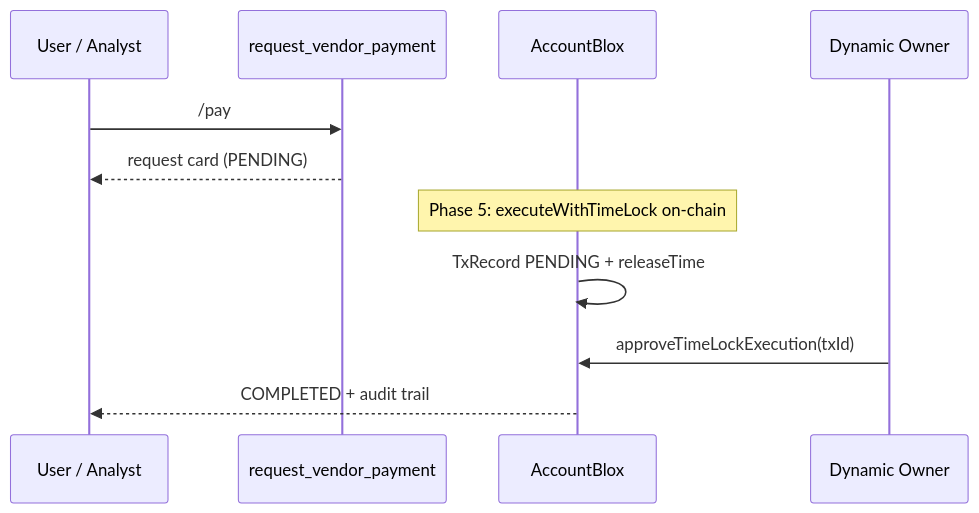
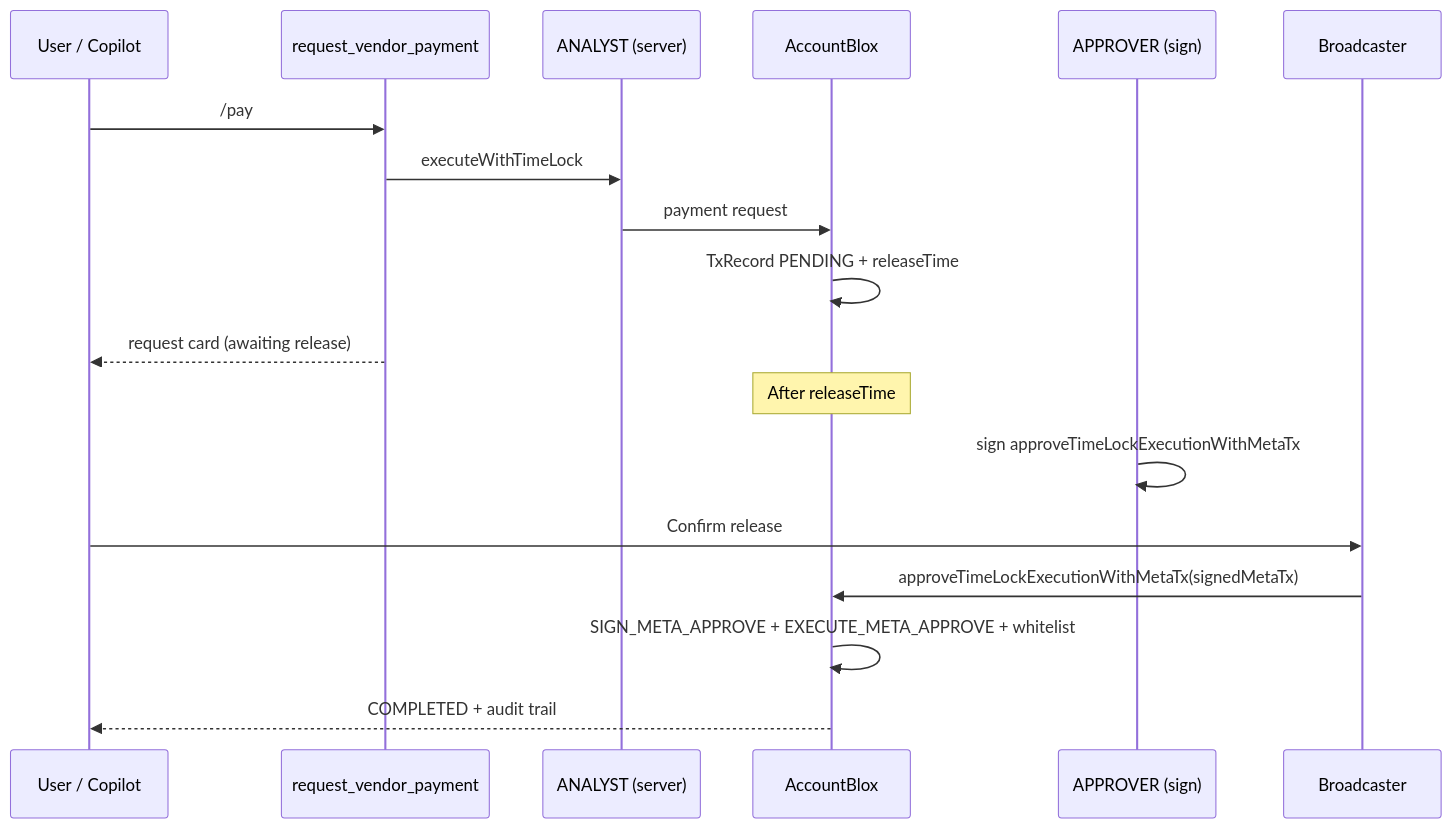
The third of 3 diagrams in docs/on-chain-execution-flow.md (PracticalParticle/AgentBlox), drawn with Mermaid before and after one commit. The commit also changed other lines of this file and 32 other files, not shown here.

First line of the commit message:
Update environment configuration and documentation for ANALYST and APPROVER roles

````diff
--- a/docs/on-chain-execution-flow.md
+++ b/docs/on-chain-execution-flow.md
@@ -103,14 +103,21 @@
 ```mermaid
 sequenceDiagram
-    participant User as User / Analyst
+    participant User as User / Copilot
     participant Tool as request_vendor_payment
+    participant Analyst as ANALYST (server)
     participant AB as AccountBlox
-    participant Owner as Dynamic Owner
+    participant Approver as APPROVER (sign)
+    participant BC as Broadcaster
 
     User->>Tool: /pay
-    Tool-->>User: request card (PENDING)
-    Note over AB: Phase 5: executeWithTimeLock on-chain
+    Tool->>Analyst: executeWithTimeLock
+    Analyst->>AB: payment request
     AB->>AB: TxRecord PENDING + releaseTime
-    Owner->>AB: approveTimeLockExecution(txId)
+    Tool-->>User: request card (awaiting release)
+    Note over AB: After releaseTime
+    Approver->>Approver: sign approveTimeLockExecutionWithMetaTx
+    User->>BC: Confirm release
+    BC->>AB: approveTimeLockExecutionWithMetaTx(signedMetaTx)
+    AB->>AB: SIGN_META_APPROVE + EXECUTE_META_APPROVE + whitelist
     AB-->>User: COMPLETED + audit trail
 ```
````
